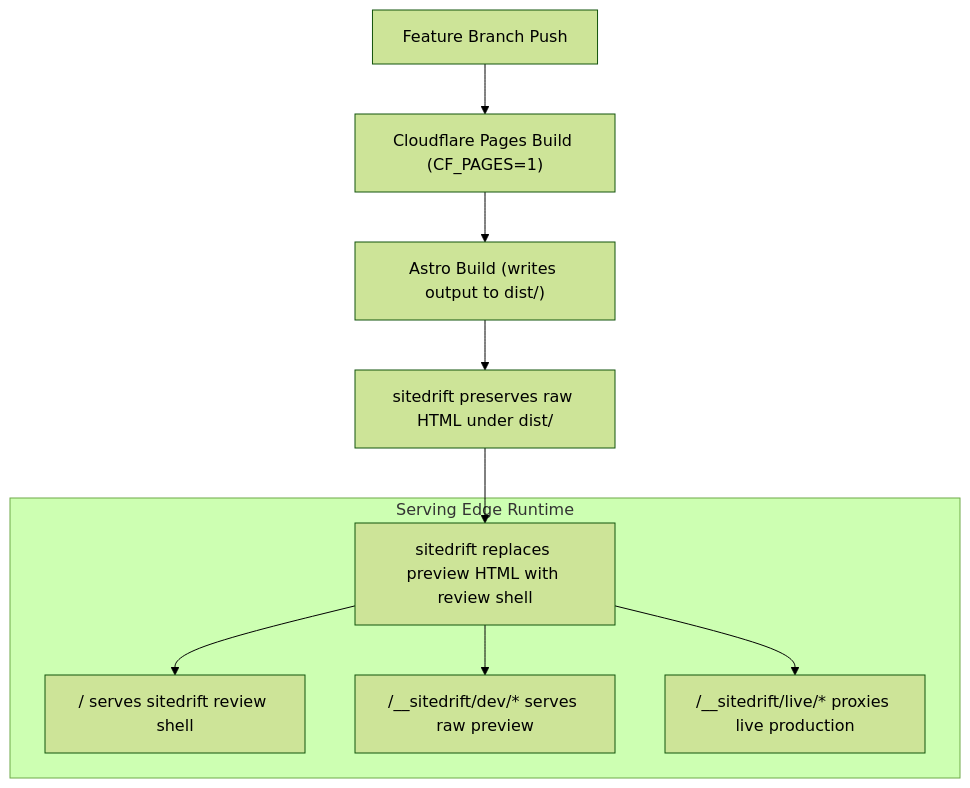
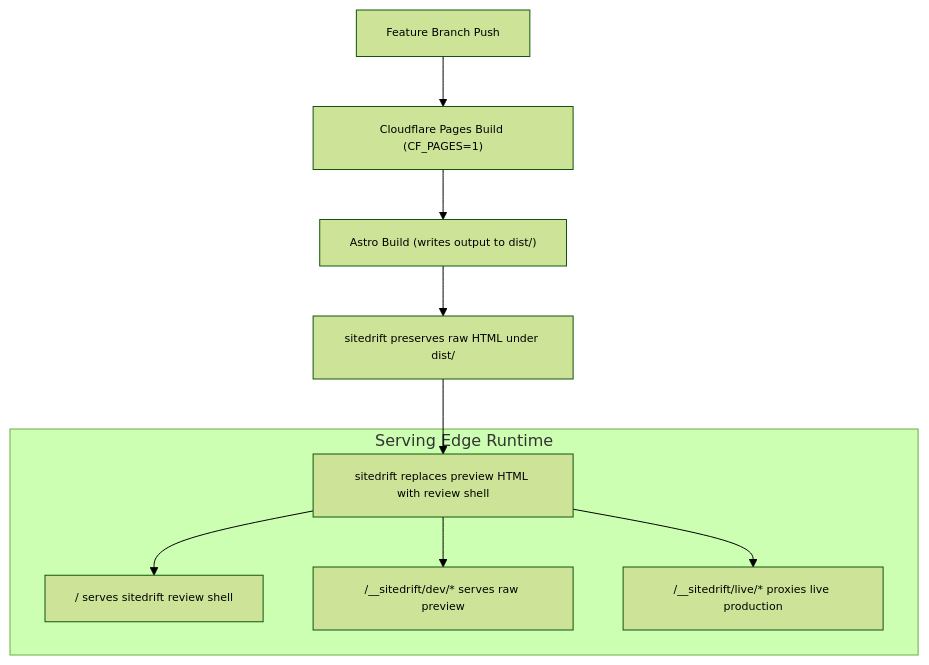
One commit to joeseverino/jseverino.com changed the diagram in docs/Deployment-Preview-Review.md. Above: the diagram before and after it, drawn with Mermaid (forest theme). The commit also changed 6 other files, not shown here.

First line of the commit message:
doc: restore stable graph syntax and apply font-size scaling to Mermaid

````diff
--- a/docs/Deployment-Preview-Review.md
+++ b/docs/Deployment-Preview-Review.md
@@ -142,13 +142,15 @@
 ```mermaid
 graph TD
-    Push["Feature Branch Push  "] --> CF["Cloudflare Pages Build (CF_PAGES=1)  "]
-    CF --> Astro["Astro Build (writes output to dist/)  "]
-    Astro --> SD_Preserve["sitedrift preserves raw HTML under dist/  "]
-    SD_Preserve --> SD_Replace["sitedrift replaces preview HTML with review shell  "]
+    Push["Feature Branch Push"] --> CF["Cloudflare Pages Build (CF_PAGES=1)"]
+    CF --> Astro["Astro Build (writes output to dist/)"]
+    Astro --> SD_Preserve["sitedrift preserves raw HTML under dist/"]
+    SD_Preserve --> SD_Replace["sitedrift replaces preview HTML with review shell"]
 
     subgraph Serving Edge Runtime
-        SD_Replace --> Edge_Shell["/ serves sitedrift review shell  "]
-        SD_Replace --> Edge_Dev["/__sitedrift/dev/* serves raw preview  "]
-        SD_Replace --> Edge_Live["/__sitedrift/live/* proxies live production  "]
+        SD_Replace --> Edge_Shell["/ serves sitedrift review shell"]
+        SD_Replace --> Edge_Dev["/__sitedrift/dev/* serves raw preview"]
+        SD_Replace --> Edge_Live["/__sitedrift/live/* proxies live production"]
     end
+
+    classDef default font-size:11px;
 ```
````
